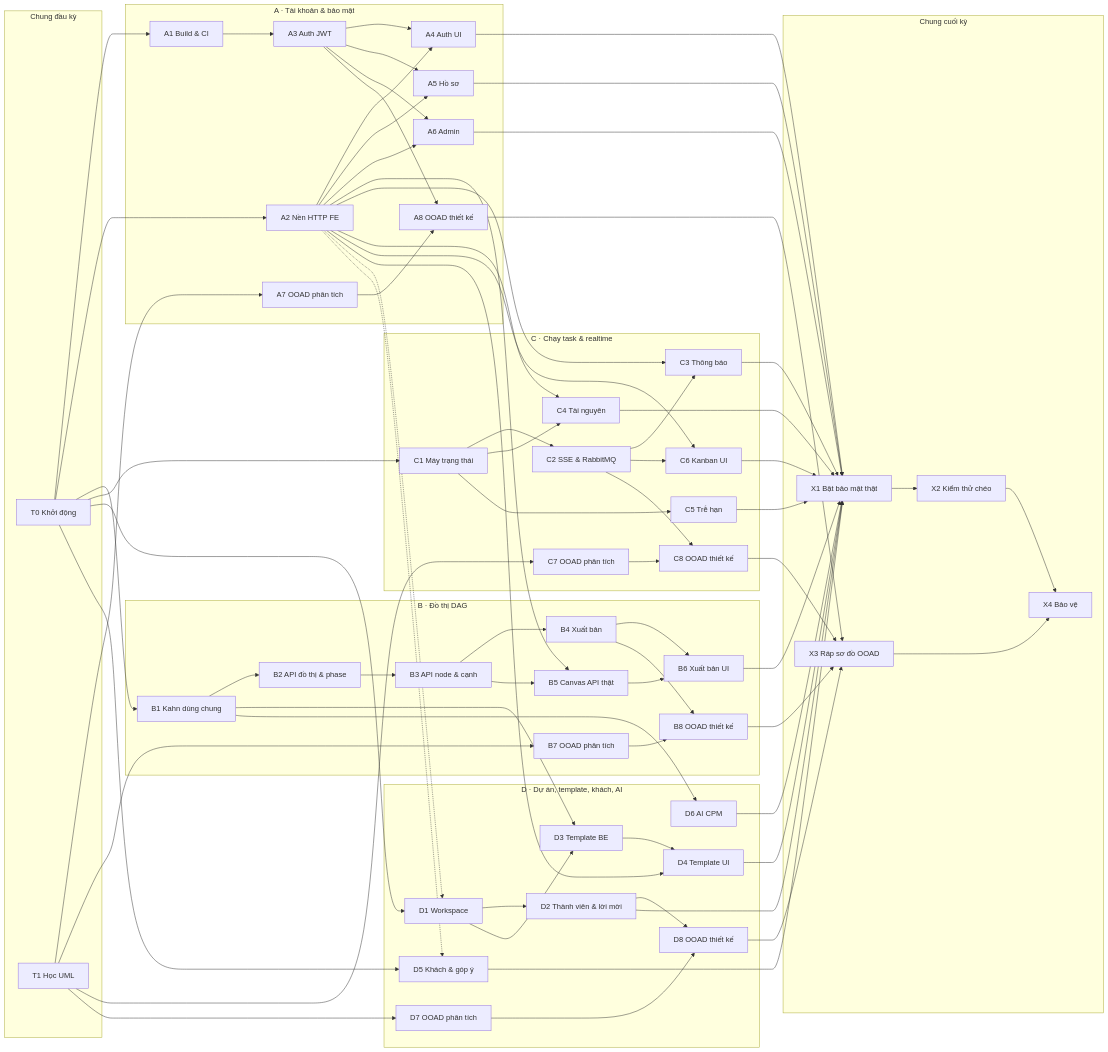
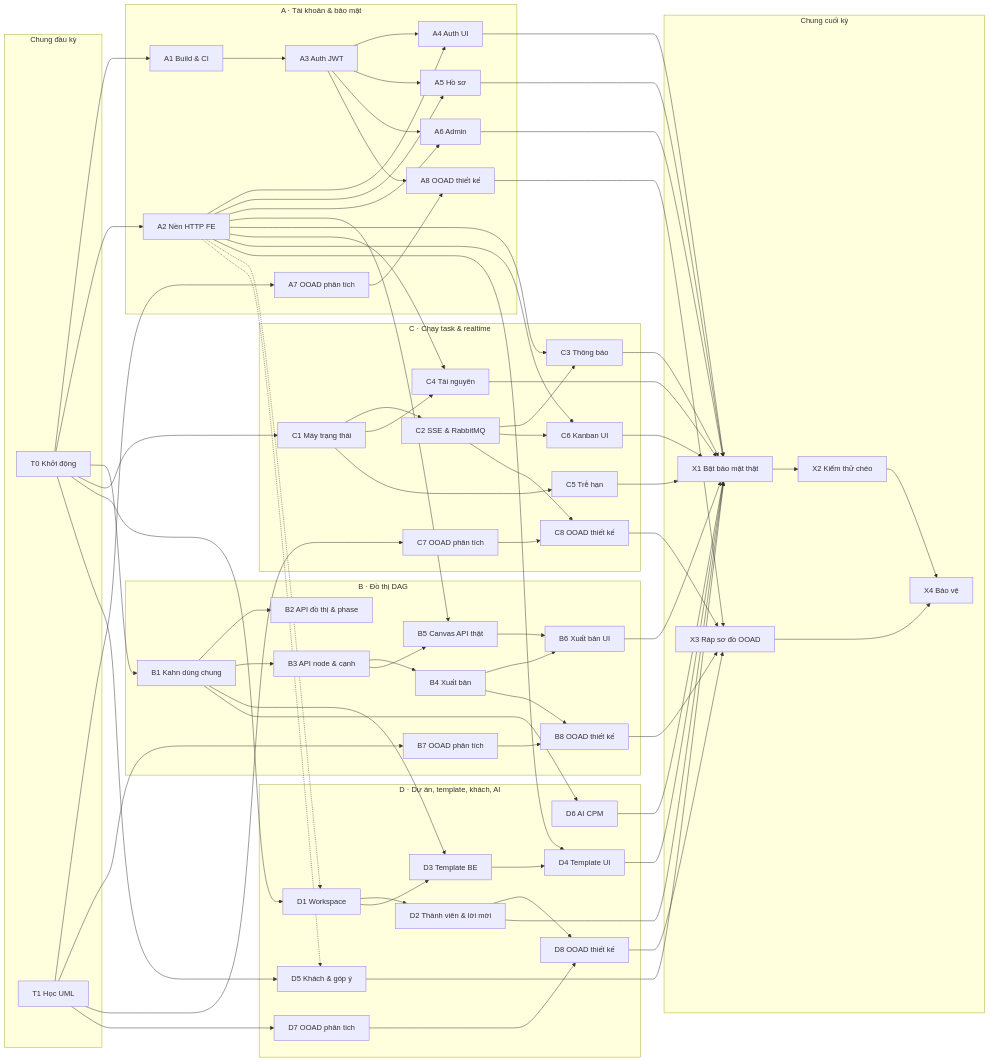
Before and after one commit to ThanhThien-coder/Workflow-Pipeline-Engine: the diagram in docs/tasks/README.md, drawn with Mermaid. The commit also changed other lines of this file and 44 other files, not shown here.

````diff
--- a/docs/tasks/README.md
+++ b/docs/tasks/README.md
@@ -91,78 +98,78 @@
 ```mermaid
 flowchart LR
   subgraph CHUNG["Chung đầu kỳ"]
     T0["T0 Khởi động"]
     T1["T1 Học UML"]
   end
   subgraph SA["A · Tài khoản & bảo mật"]
     A1["A1 Build & CI"]
     A2["A2 Nền HTTP FE"]
     A3["A3 Auth JWT"]
     A4["A4 Auth UI"]
     A5["A5 Hồ sơ"]
     A6["A6 Admin"]
     A7["A7 OOAD phân tích"]
     A8["A8 OOAD thiết kế"]
   end
   subgraph SB["B · Đồ thị DAG"]
     B1["B1 Kahn dùng chung"]
     B2["B2 API đồ thị & phase"]
     B3["B3 API node & cạnh"]
     B4["B4 Xuất bản"]
     B5["B5 Canvas API thật"]
     B6["B6 Xuất bản UI"]
     B7["B7 OOAD phân tích"]
     B8["B8 OOAD thiết kế"]
   end
   subgraph SC["C · Chạy task & realtime"]
     C1["C1 Máy trạng thái"]
     C2["C2 SSE & RabbitMQ"]
     C3["C3 Thông báo"]
     C4["C4 Tài nguyên"]
     C5["C5 Trễ hạn"]
     C6["C6 Kanban UI"]
     C7["C7 OOAD phân tích"]
     C8["C8 OOAD thiết kế"]
   end
   subgraph SD["D · Dự án, template, khách, AI"]
     D1["D1 Workspace"]
     D2["D2 Thành viên & lời mời"]
     D3["D3 Template BE"]
     D4["D4 Template UI"]
     D5["D5 Khách & góp ý"]
     D6["D6 AI CPM"]
     D7["D7 OOAD phân tích"]
     D8["D8 OOAD thiết kế"]
   end
   subgraph CUOI["Chung cuối kỳ"]
     X1["X1 Bật bảo mật thật"]
     X2["X2 Kiểm thử chéo"]
     X3["X3 Ráp sơ đồ OOAD"]
     X4["X4 Bảo vệ"]
   end
 
   T0 --> A1 & A2 & B1 & C1 & D1 & D5
   T1 --> A7 & B7 & C7 & D7
   A1 --> A3
   A2 --> A4 & A5 & A6 & B5 & C3 & C4 & C6 & D4
   A2 -.-> D1 & D5
   A3 --> A4 & A5 & A6 & A8
   A7 --> A8
-  B1 --> B2 & D3 & D6
-  B2 --> B3
+  B1 --> B2 & B3 & D3 & D6
+
   B3 --> B4 & B5
   B4 --> B6 & B8
   B5 --> B6
   B7 --> B8
   C1 --> C2 & C4 & C5
   C2 --> C3 & C6 & C8
   C7 --> C8
   D1 --> D2 & D3
   D2 --> D8
   D3 --> D4
   D7 --> D8
   A4 & A5 & A6 & B6 & C3 & C4 & C5 & C6 & D2 & D4 & D5 & D6 --> X1
   X1 --> X2
   A8 & B8 & C8 & D8 --> X3
   X2 & X3 --> X4
 ```
````
